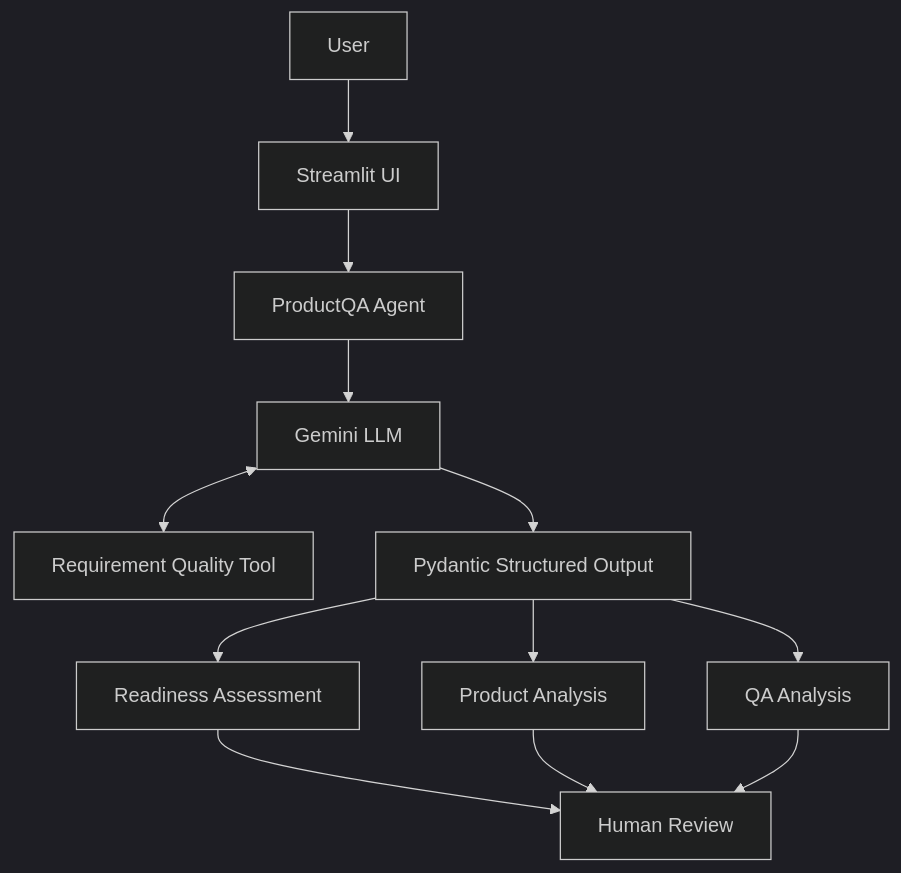
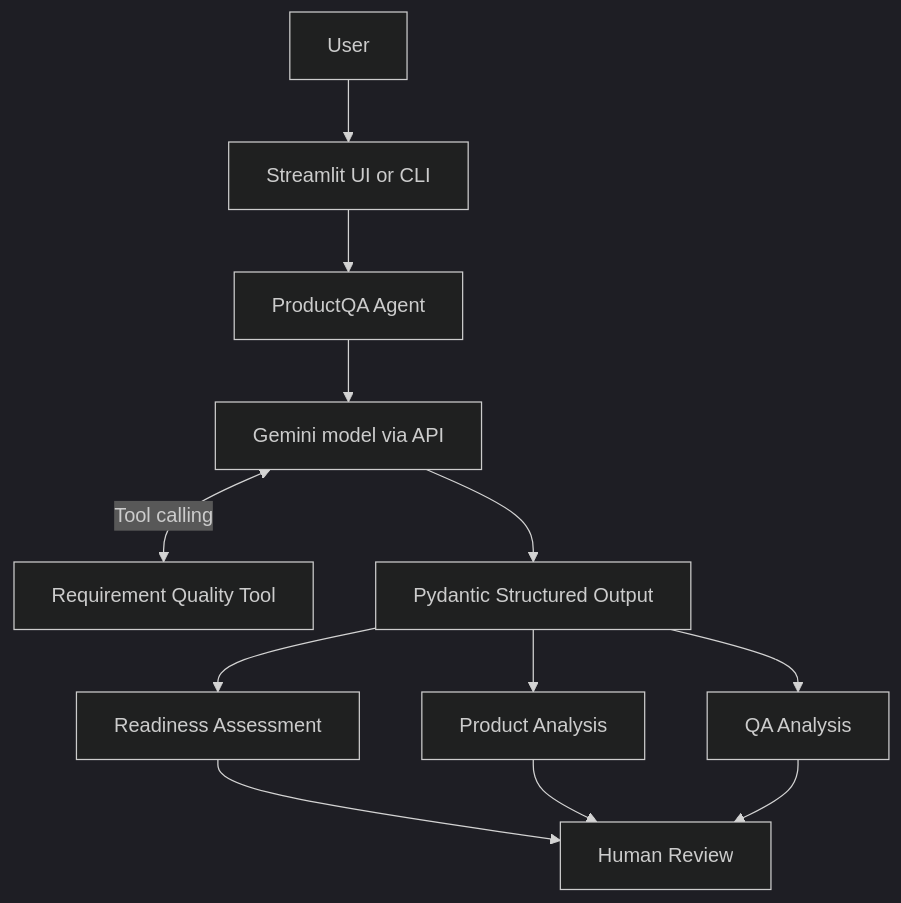
One commit to jaishwarya1712-jpg/productqa-copilot changed the first of 2 diagrams in README.md. Above: the diagram before and after it, drawn with Mermaid (dark theme). The commit also changed other lines of this file, not shown here.

Commit message:
Polish README and add project architecture

````diff
--- a/README.md
+++ b/README.md
@@ -67,14 +57,14 @@
 ```mermaid
 flowchart TD
-    A[User] --> B[Streamlit UI]
+    A[User] --> B[Streamlit UI or CLI]
     B --> C[ProductQA Agent]
-    C --> D[Gemini LLM]
-    D <--> E[Requirement Quality Tool]
+    C --> D[Gemini model via API]
+    D <-->|Tool calling| E[Requirement Quality Tool]
     D --> F[Pydantic Structured Output]
     F --> G[Readiness Assessment]
     F --> H[Product Analysis]
     F --> I[QA Analysis]
     G --> J[Human Review]
     H --> J
     I --> J
 ```
````
